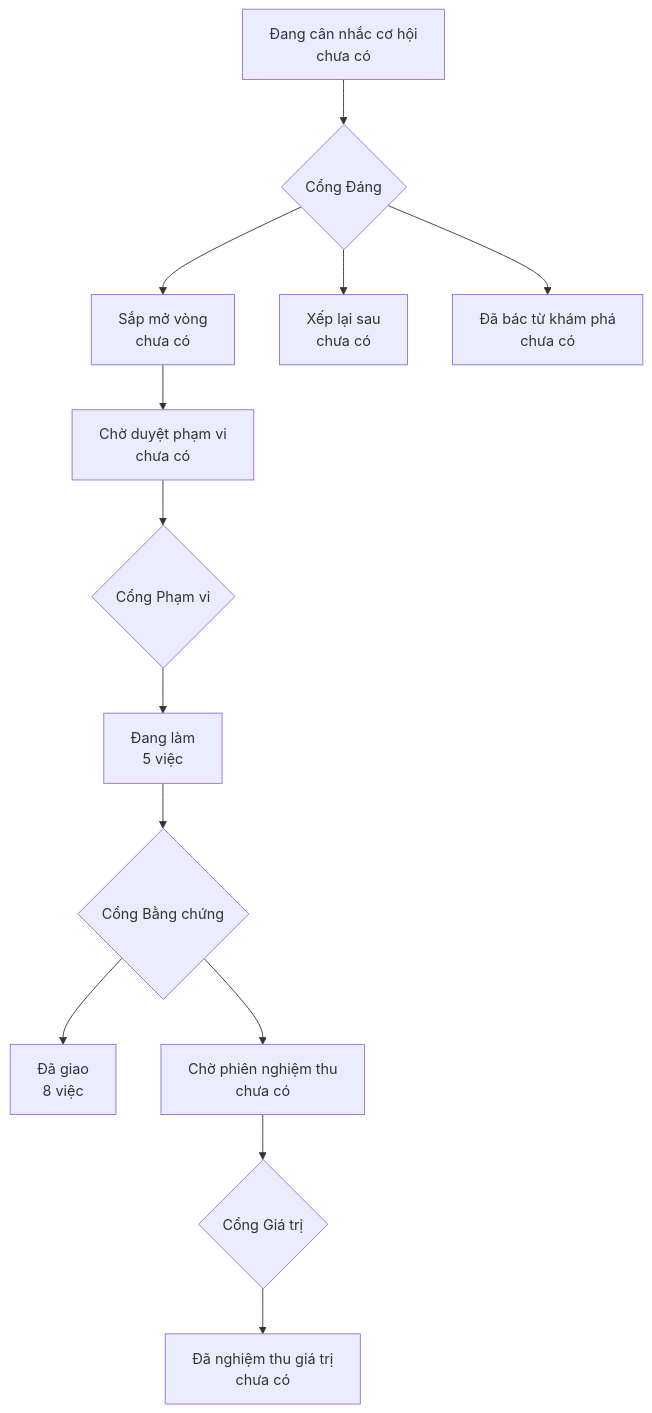
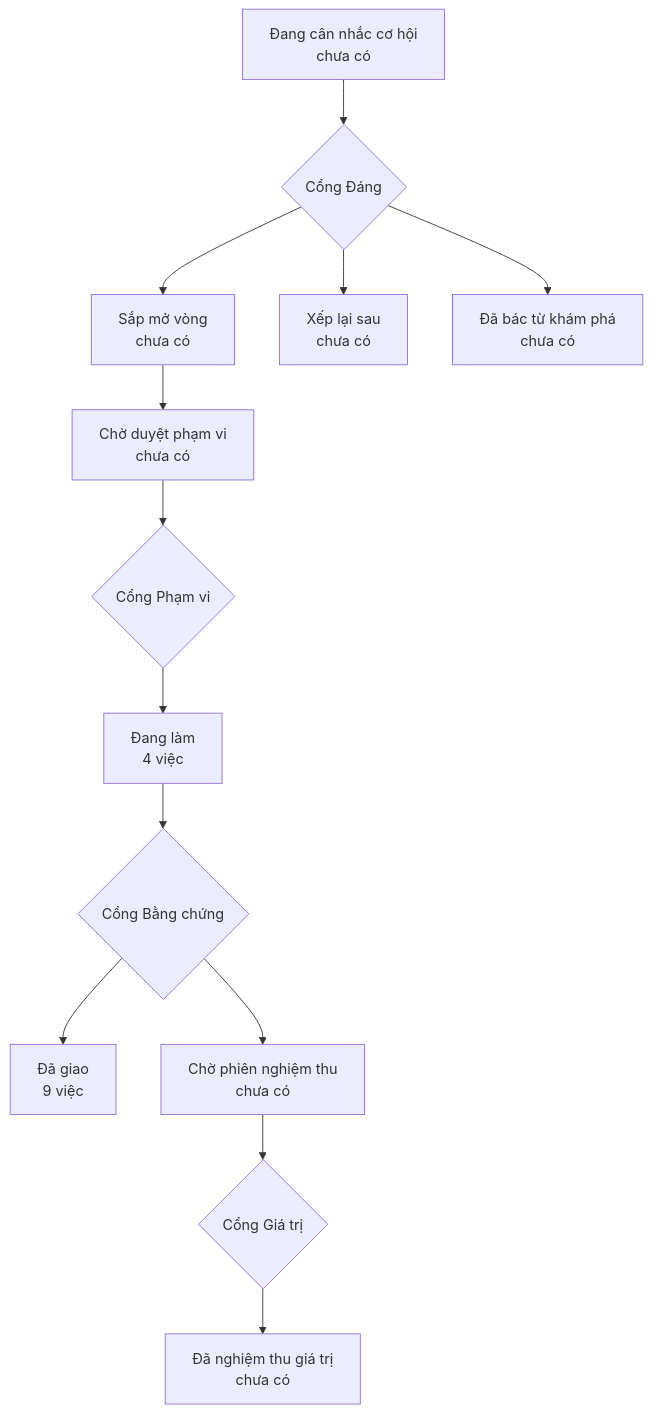
One commit to phanlemanh/crm-onehub changed the diagram in PRODUCT-MAP.md. Above: the diagram before and after it, drawn with Mermaid. The commit also changed 3 other files, not shown here.

````diff
--- a/PRODUCT-MAP.md
+++ b/PRODUCT-MAP.md
@@ -6,12 +6,12 @@
 ```mermaid
 flowchart TD
   A["Đang cân nhắc cơ hội<br/>chưa có"] --> GD{"Cổng Đáng"}
   GD --> B["Sắp mở vòng<br/>chưa có"]
   GD --> XL["Xếp lại sau<br/>chưa có"]
   GD --> DB["Đã bác từ khám phá<br/>chưa có"]
   B --> CD["Chờ duyệt phạm vi<br/>chưa có"] --> GP{"Cổng Phạm vi"}
-  GP --> DL["Đang làm<br/>5 việc"] --> GB{"Cổng Bằng chứng"}
-  GB --> DG["Đã giao<br/>8 việc"]
+  GP --> DL["Đang làm<br/>4 việc"] --> GB{"Cổng Bằng chứng"}
+  GB --> DG["Đã giao<br/>9 việc"]
   GB --> CN["Chờ phiên nghiệm thu<br/>chưa có"] --> GG{"Cổng Giá trị"}
   GG --> NT["Đã nghiệm thu giá trị<br/>chưa có"]
 ```
````
